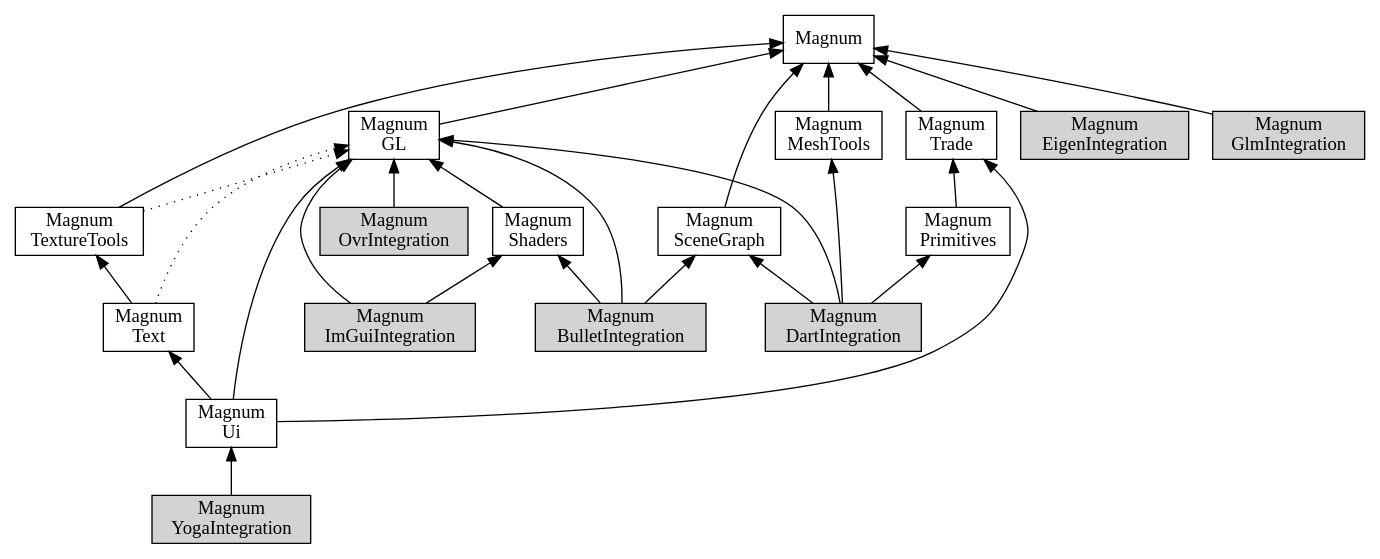
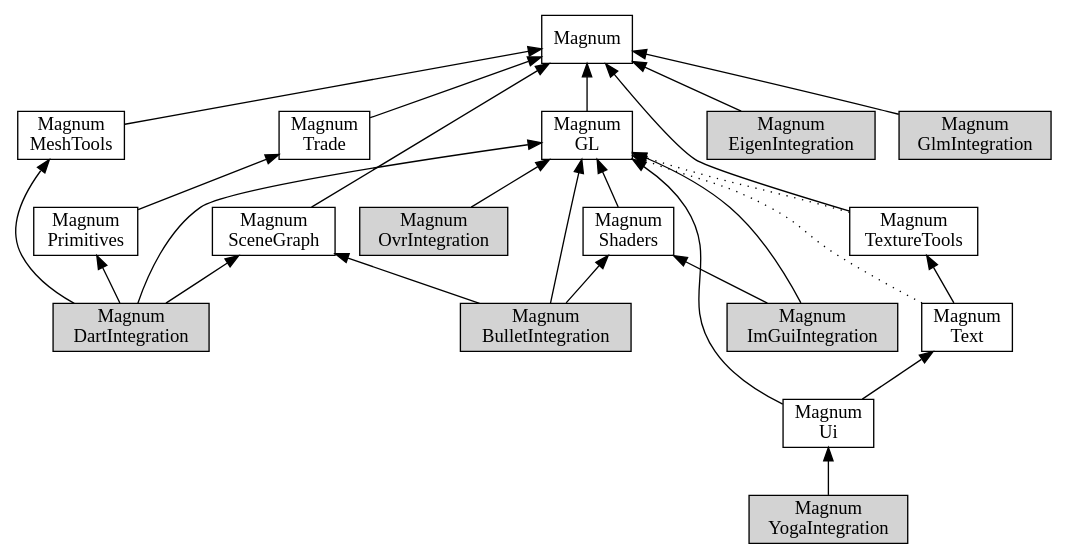
The diagram in doc/custom-buildsystems-integration-order.dot (mosra/magnum-integration), drawn with Graphviz before and after one commit.

Commit message:
doc: update dependency diagram to no longer show Ui depending on Trade.

```diff
--- a/doc/custom-buildsystems-integration-order.dot
+++ b/doc/custom-buildsystems-integration-order.dot
@@ -1,83 +1,82 @@
 /*
     This file is part of Magnum.
 
     Copyright © 2010, 2011, 2012, 2013, 2014, 2015, 2016, 2017, 2018, 2019,
                 2020, 2021, 2022, 2023, 2024, 2025, 2026
               Vladimír Vondruš <mosra@centrum.cz>
 
     Permission is hereby granted, free of charge, to any person obtaining a
     copy of this software and associated documentation files (the "Software"),
     to deal in the Software without restriction, including without limitation
     the rights to use, copy, modify, merge, publish, distribute, sublicense,
     and/or sell copies of the Software, and to permit persons to whom the
     Software is furnished to do so, subject to the following conditions:
 
     The above copyright notice and this permission notice shall be included
     in all copies or substantial portions of the Software.
 
     THE SOFTWARE IS PROVIDED "AS IS", WITHOUT WARRANTY OF ANY KIND, EXPRESS OR
     IMPLIED, INCLUDING BUT NOT LIMITED TO THE WARRANTIES OF MERCHANTABILITY,
     FITNESS FOR A PARTICULAR PURPOSE AND NONINFRINGEMENT. IN NO EVENT SHALL
     THE AUTHORS OR COPYRIGHT HOLDERS BE LIABLE FOR ANY CLAIM, DAMAGES OR OTHER
     LIABILITY, WHETHER IN AN ACTION OF CONTRACT, TORT OR OTHERWISE, ARISING
     FROM, OUT OF OR IN CONNECTION WITH THE SOFTWARE OR THE USE OR OTHER
     DEALINGS IN THE SOFTWARE.
 */
 
 digraph "Magnum Integration dependency order" {
     rankdir=BT
     ranksep=0.5
     node [style=filled shape=rect margin="0.03,0.03"]
 
     Magnum [style=solid class="m-info"]
     MagnumGL [style=solid label="Magnum\nGL" class="m-info"]
     MagnumMeshTools [style=solid label="Magnum\nMeshTools" class="m-info"]
     MagnumPrimitives [style=solid label="Magnum\nPrimitives" class="m-info"]
     MagnumSceneGraph [style=solid label="Magnum\nSceneGraph" class="m-info"]
     MagnumShaders [style=solid label="Magnum\nShaders" class="m-info"]
     MagnumTrade [style=solid label="Magnum\nTrade" class="m-info"]
     MagnumTextureTools [style=solid label="Magnum\nTextureTools" class="m-info"]
     MagnumText [style=solid label="Magnum\nText" class="m-info"]
 
     MagnumUi [style=solid label="Magnum\nUi" class="m-info"]
 
     MagnumBulletIntegration [label="Magnum\nBulletIntegration" class="m-info"]
     MagnumEigenIntegration [label="Magnum\nEigenIntegration" class="m-info"]
     MagnumDartIntegration [label="Magnum\nDartIntegration" class="m-info"]
     MagnumGlmIntegration [label="Magnum\nGlmIntegration" class="m-info"]
     MagnumImGuiIntegration [label="Magnum\nImGuiIntegration" class="m-info"]
     MagnumOvrIntegration [label="Magnum\nOvrIntegration" class="m-info"]
     MagnumYogaIntegration [label="Magnum\nYogaIntegration" class="m-info"]
 
     MagnumGL -> Magnum [class="m-info"]
     MagnumMeshTools -> Magnum [class="m-info"]
     MagnumPrimitives -> MagnumTrade [class="m-info"]
     MagnumSceneGraph -> Magnum [class="m-info"]
     MagnumShaders -> MagnumGL [class="m-info"]
     MagnumTrade -> Magnum [class="m-info"]
     MagnumText -> MagnumTextureTools [class="m-info"]
     MagnumText -> MagnumGL [style=dotted class="m-info"]
     MagnumTextureTools -> Magnum [class="m-info"]
     MagnumTextureTools -> MagnumGL [style=dotted class="m-info"]
 
     MagnumUi -> MagnumGL [class="m-info"]
     MagnumUi -> MagnumText [class="m-info"]
-    MagnumUi -> MagnumTrade [class="m-info"]
 
     MagnumBulletIntegration -> MagnumGL
     MagnumBulletIntegration -> MagnumSceneGraph
     MagnumBulletIntegration -> MagnumShaders
 
     MagnumDartIntegration -> MagnumGL
     MagnumDartIntegration -> MagnumMeshTools
     MagnumDartIntegration -> MagnumPrimitives
     MagnumDartIntegration -> MagnumSceneGraph
 
     MagnumImGuiIntegration -> MagnumGL
     MagnumImGuiIntegration -> MagnumShaders
 
     MagnumEigenIntegration -> Magnum
     MagnumGlmIntegration -> Magnum
     MagnumOvrIntegration -> MagnumGL
     MagnumYogaIntegration -> MagnumUi
 }
```
